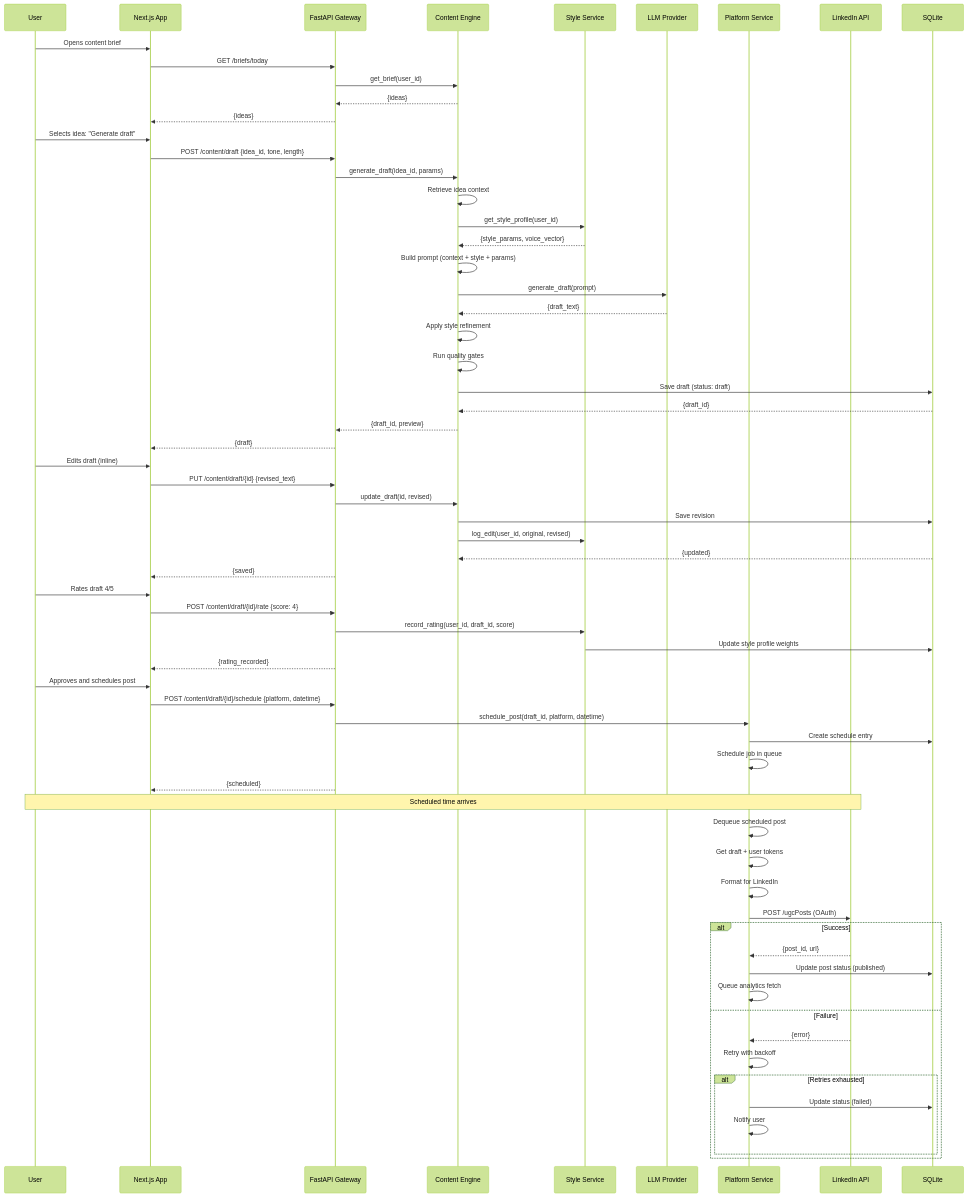
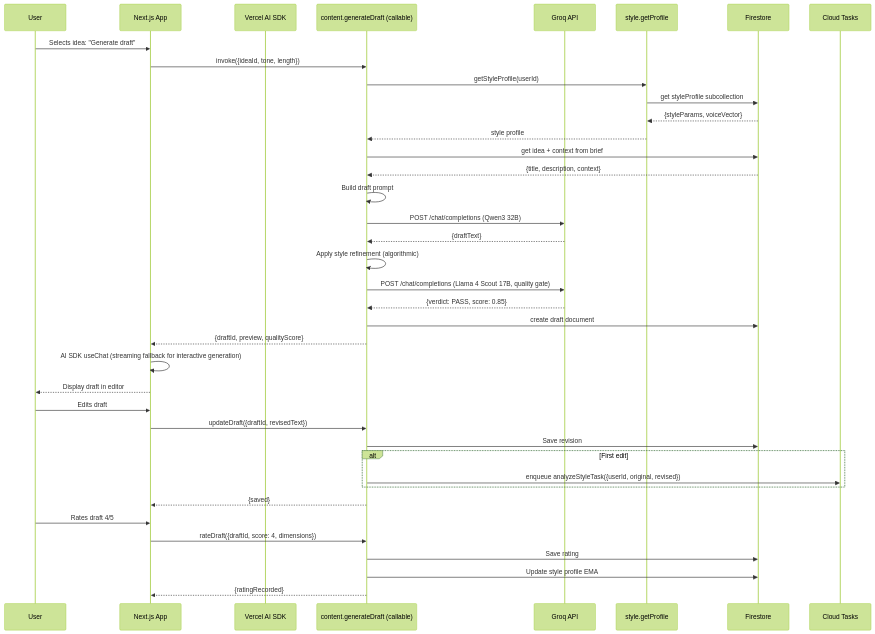
Before and after one commit to Blacksujit/AI-Brand-OS: the eighth of 13 diagrams in docs/02_SYSTEM_ARCHITECTURE.md, drawn with Mermaid (forest theme). The commit also changed other lines of this file and 50 other files, not shown here.

First line of the commit message:
docs: rewrite architecture docs for Firebase/TypeScript stack

````diff
--- a/docs/02_SYSTEM_ARCHITECTURE.md
+++ b/docs/02_SYSTEM_ARCHITECTURE.md
@@ -581,78 +690,49 @@
 ```mermaid
 sequenceDiagram
   participant User
   participant Web as Next.js App
-  participant API as FastAPI Gateway
-  participant Content as Content Engine
-  participant Style as Style Service
-  participant LLM as LLM Provider
-  participant Platform as Platform Service
-  participant LI as LinkedIn API
-  participant DB as SQLite
-
-  User->>Web: Opens content brief
-  Web->>API: GET /briefs/today
-  API->>Content: get_brief(user_id)
-  Content-->>API: {ideas}
-  API-->>Web: {ideas}
+  participant VercelAI as Vercel AI SDK
+  participant ContentFn as content.generateDraft (callable)
+  participant Groq as Groq API
+  participant StyleFn as style.getProfile
+  participant FS as Firestore
+  participant Tasks as Cloud Tasks
 
   User->>Web: Selects idea: "Generate draft"
-  Web->>API: POST /content/draft {idea_id, tone, length}
-  API->>Content: generate_draft(idea_id, params)
+  Web->>ContentFn: invoke({ideaId, tone, length})
+  ContentFn->>StyleFn: getStyleProfile(userId)
+  StyleFn->>FS: get styleProfile subcollection
+  FS-->>StyleFn: {styleParams, voiceVector}
+  StyleFn-->>ContentFn: style profile
 
-  Content->>Content: Retrieve idea context
-  Content->>Style: get_style_profile(user_id)
-  Style-->>Content: {style_params, voice_vector}
+  ContentFn->>FS: get idea + context from brief
+  FS-->>ContentFn: {title, description, context}
 
-  Content->>Content: Build prompt (context + style + params)
-  Content->>LLM: generate_draft(prompt)
-  LLM-->>Content: {draft_text}
+  ContentFn->>ContentFn: Build draft prompt
+  ContentFn->>Groq: POST /chat/completions (Qwen3 32B)
+  Groq-->>ContentFn: {draftText}
 
-  Content->>Content: Apply style refinement
-  Content->>Content: Run quality gates
-  Content->>DB: Save draft (status: draft)
-  DB-->>Content: {draft_id}
+  ContentFn->>ContentFn: Apply style refinement (algorithmic)
+  ContentFn->>Groq: POST /chat/completions (Llama 4 Scout 17B, quality gate)
+  Groq-->>ContentFn: {verdict: PASS, score: 0.85}
 
-  Content-->>API: {draft_id, preview}
-  API-->>Web: {draft}
+  ContentFn->>FS: create draft document
+  ContentFn-->>Web: {draftId, preview, qualityScore}
 
-  User->>Web: Edits draft (inline)
-  Web->>API: PUT /content/draft/{id} {revised_text}
-  API->>Content: update_draft(id, revised)
-  Content->>DB: Save revision
-  Content->>Style: log_edit(user_id, original, revised)
-  DB-->>Content: {updated}
-  API-->>Web: {saved}
+  Web->>Web: AI SDK useChat (streaming fallback for interactive generation)
+  Web-->>User: Display draft in editor
+
+  User->>Web: Edits draft
+  Web->>ContentFn: updateDraft({draftId, revisedText})
+  ContentFn->>FS: Save revision
+  alt First edit
+    ContentFn->>Tasks: enqueue analyzeStyleTask({userId, original, revised})
+  end
+  ContentFn-->>Web: {saved}
 
   User->>Web: Rates draft 4/5
-  Web->>API: POST /content/draft/{id}/rate {score: 4}
-  API->>Style: record_rating(user_id, draft_id, score)
-  Style->>DB: Update style profile weights
-  API-->>Web: {rating_recorded}
-
-  User->>Web: Approves and schedules post
-  Web->>API: POST /content/draft/{id}/schedule {platform, datetime}
-  API->>Platform: schedule_post(draft_id, platform, datetime)
-  Platform->>DB: Create schedule entry
-  Platform->>Platform: Schedule job in queue
-  API-->>Web: {scheduled}
-
-  Note over User,LI: Scheduled time arrives
-
-  Platform->>Platform: Dequeue scheduled post
-  Platform->>Platform: Get draft + user tokens
-  Platform->>Platform: Format for LinkedIn
-  Platform->>LI: POST /ugcPosts (OAuth)
-  alt Success
-    LI-->>Platform: {post_id, url}
-    Platform->>DB: Update post status (published)
-    Platform->>Platform: Queue analytics fetch
-  else Failure
-    LI-->>Platform: {error}
-    Platform->>Platform: Retry with backoff
-    alt Retries exhausted
-      Platform->>DB: Update status (failed)
-      Platform->>Platform: Notify user
-    end
-  end
+  Web->>ContentFn: rateDraft({draftId, score: 4, dimensions})
+  ContentFn->>FS: Save rating
+  ContentFn->>FS: Update style profile EMA
+  ContentFn-->>Web: {ratingRecorded}
 ```
````
